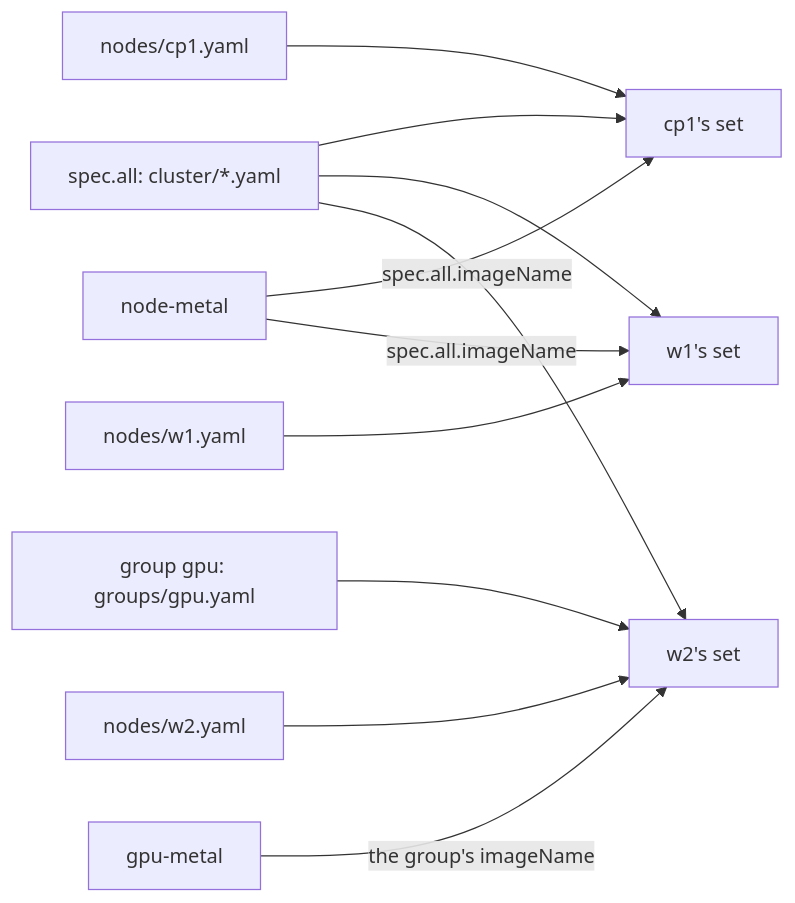
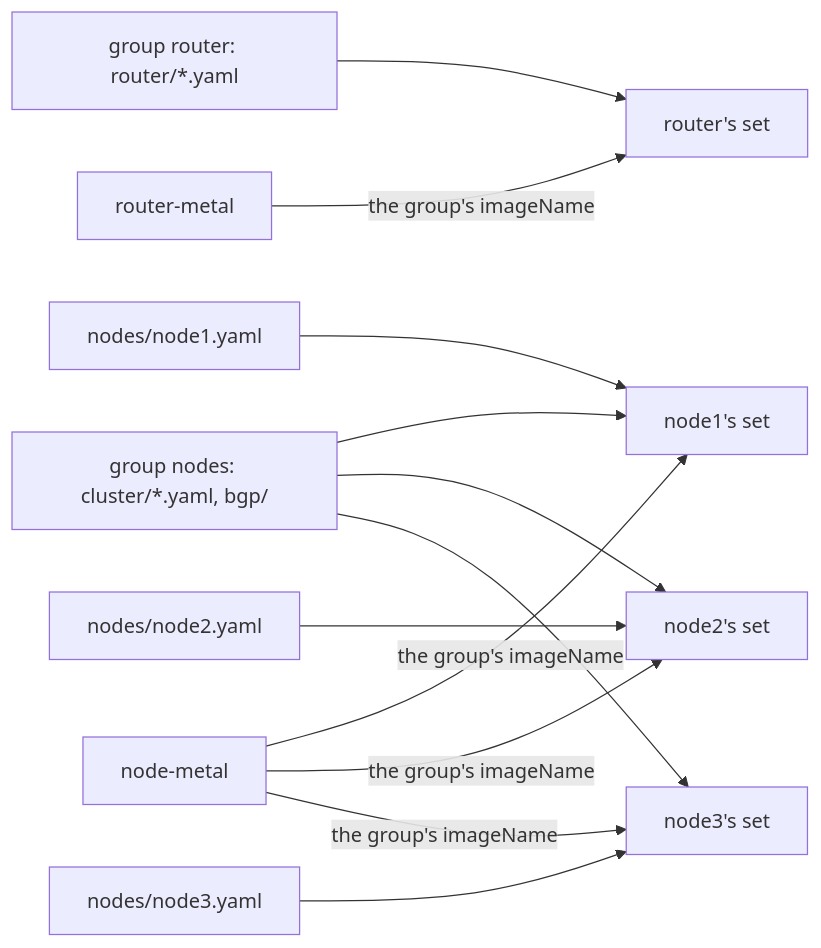
Before and after one commit to trevex/chalkos: the diagram in docs/operate/node-config.md, drawn with Mermaid. The commit also changed other lines of this file and 20 other files, not shown here.

````diff
--- a/docs/operate/node-config.md
+++ b/docs/operate/node-config.md
@@ -117,13 +103,14 @@
 ```mermaid
 flowchart LR
-    all["spec.all: cluster/*.yaml"] --> cp1["cp1's set"]
-    all --> w1["w1's set"]
-    all --> w2["w2's set"]
-    gpu["group gpu: groups/gpu.yaml"] --> w2
-    cp1f["nodes/cp1.yaml"] --> cp1
-    w1f["nodes/w1.yaml"] --> w1
-    w2f["nodes/w2.yaml"] --> w2
-    nodemetal["node-metal"] -->|spec.all.imageName| cp1
-    nodemetal -->|spec.all.imageName| w1
-    gpumetal["gpu-metal"] -->|the group's imageName| w2
+    routerg["group router: router/*.yaml"] --> router["router's set"]
+    nodesg["group nodes: cluster/*.yaml, bgp/"] --> node1["node1's set"]
+    nodesg --> node2["node2's set"]
+    nodesg --> node3["node3's set"]
+    node1f["nodes/node1.yaml"] --> node1
+    node2f["nodes/node2.yaml"] --> node2
+    node3f["nodes/node3.yaml"] --> node3
+    routermetal["router-metal"] -->|the group's imageName| router
+    nodemetal["node-metal"] -->|the group's imageName| node1
+    nodemetal -->|the group's imageName| node2
+    nodemetal -->|the group's imageName| node3
 ```
````
